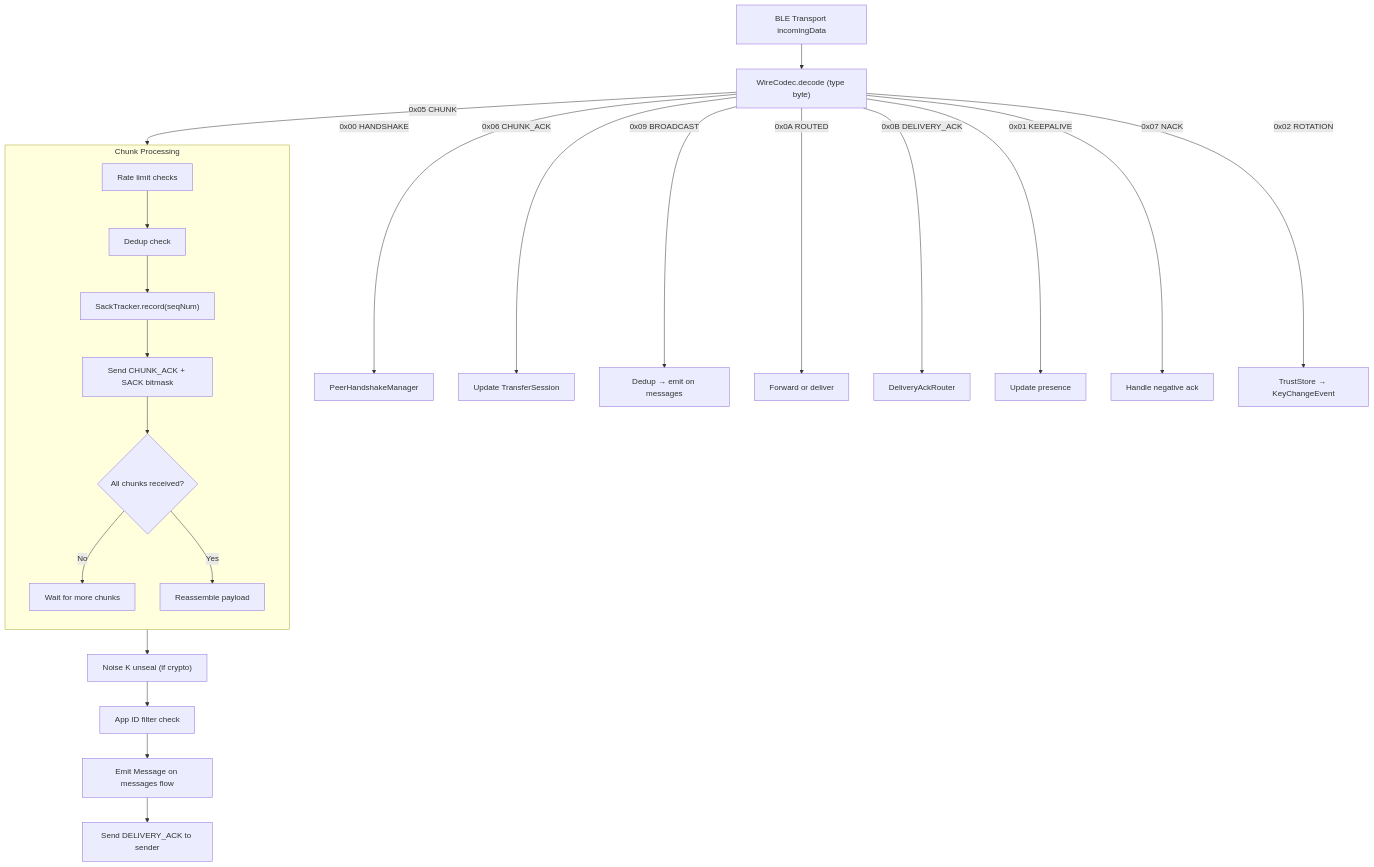
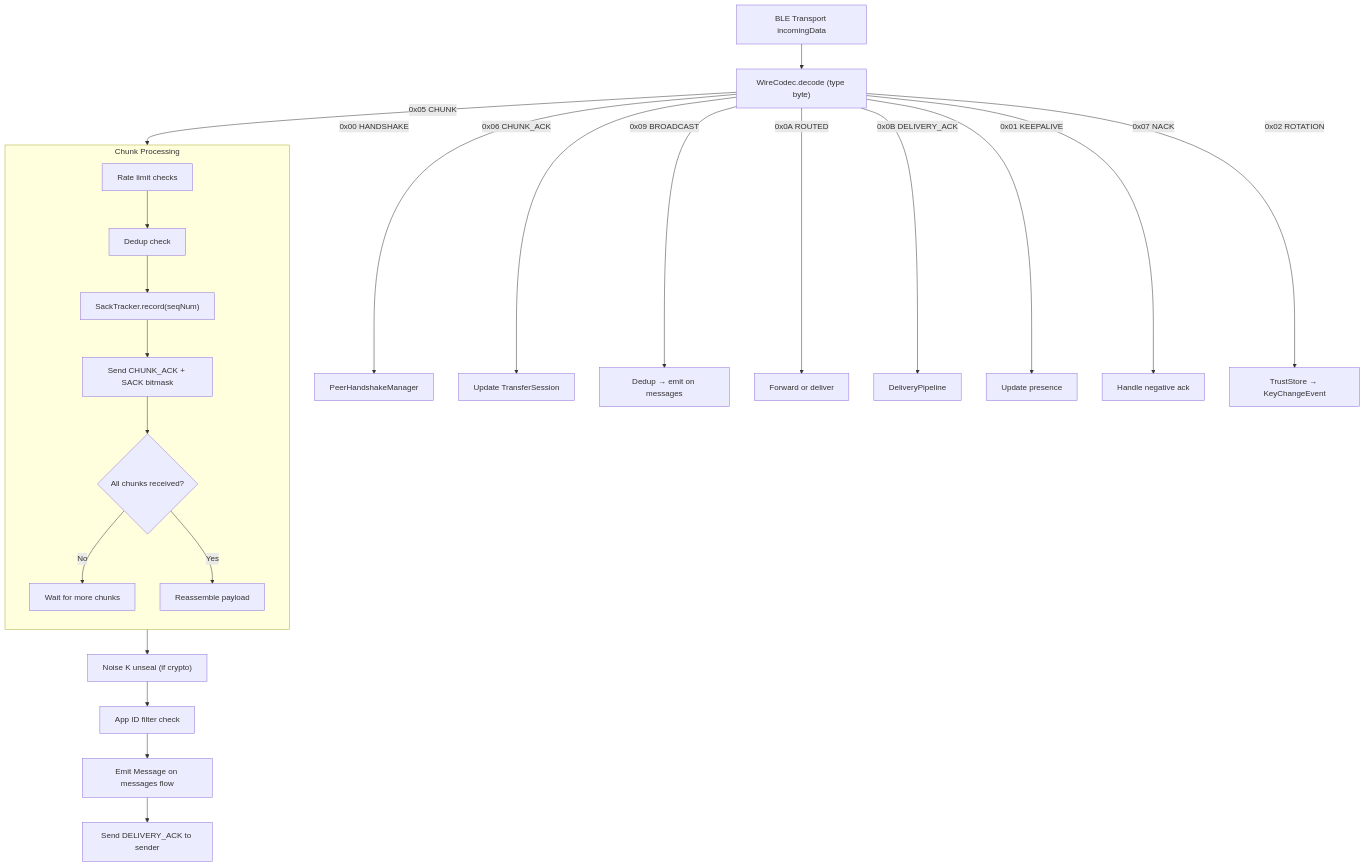
Diagram 11 of 21 in docs/design.md (trancee/MeshLink), drawn with Mermaid before and after one commit. The commit also changed other lines of this file and 3 other files, not shown here.

````diff
--- a/docs/design.md
+++ b/docs/design.md
@@ -907,29 +920,29 @@
 ```mermaid
 flowchart TD
     BLE["BLE Transport incomingData"] --> Decode["WireCodec.decode (type byte)"]
 
     Decode --> |"0x00 HANDSHAKE"| Handshake["PeerHandshakeManager"]
     Decode --> |"0x05 CHUNK"| ChunkPipeline
     Decode --> |"0x06 CHUNK_ACK"| AckUpdate["Update TransferSession"]
     Decode --> |"0x09 BROADCAST"| Broadcast["Dedup → emit on messages"]
     Decode --> |"0x0A ROUTED"| RoutedMsg["Forward or deliver"]
-    Decode --> |"0x0B DELIVERY_ACK"| DelAck["DeliveryAckRouter"]
+    Decode --> |"0x0B DELIVERY_ACK"| DelAck["DeliveryPipeline"]
     Decode --> |"0x01 KEEPALIVE"| Keepalive["Update presence"]
     Decode --> |"0x07 NACK"| Nack["Handle negative ack"]
     Decode --> |"0x02 ROTATION"| Rotation["TrustStore → KeyChangeEvent"]
 
     subgraph ChunkPipeline["Chunk Processing"]
         direction TB
         C1["Rate limit checks"] --> C2["Dedup check"]
         C2 --> C3["SackTracker.record(seqNum)"]
         C3 --> C4["Send CHUNK_ACK + SACK bitmask"]
         C4 --> C5{"All chunks received?"}
         C5 -->|No| Wait["Wait for more chunks"]
         C5 -->|Yes| Reassemble["Reassemble payload"]
     end
 
     Reassemble --> Unseal["Noise K unseal (if crypto)"]
     Unseal --> Filter["App ID filter check"]
     Filter --> Emit["Emit Message on messages flow"]
     Emit --> SendAck["Send DELIVERY_ACK to sender"]
 ```
````
